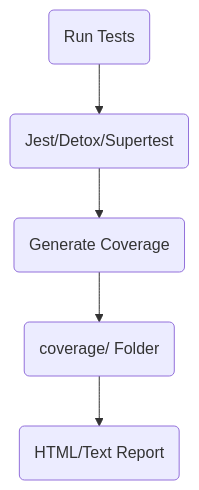
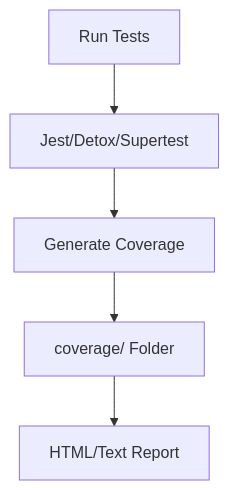
Before and after one commit to mohan-slack/HUX: the second of 2 diagrams in HUX/HUXtesting.md, drawn with Mermaid. The commit also changed other lines of this file and 2 other files, not shown here.

````diff
--- a/HUX/HUXtesting.md
+++ b/HUX/HUXtesting.md
@@ -96,13 +96,13 @@
 ```mermaid
 flowchart TD
-  TestRun(Run Tests)
-  Jest(Jest/Detox/Supertest)
-  Coverage(Generate Coverage)
-  Folder(coverage/ Folder)
-  Report(HTML/Text Report)
+  TestRun[Run Tests]
+  Jest[Jest/Detox/Supertest]
+  Coverage[Generate Coverage]
+  Folder[coverage/ Folder]
+  Report[HTML/Text Report]
 
   TestRun --> Jest
   Jest --> Coverage
   Coverage --> Folder
   Folder --> Report
 ```
````
